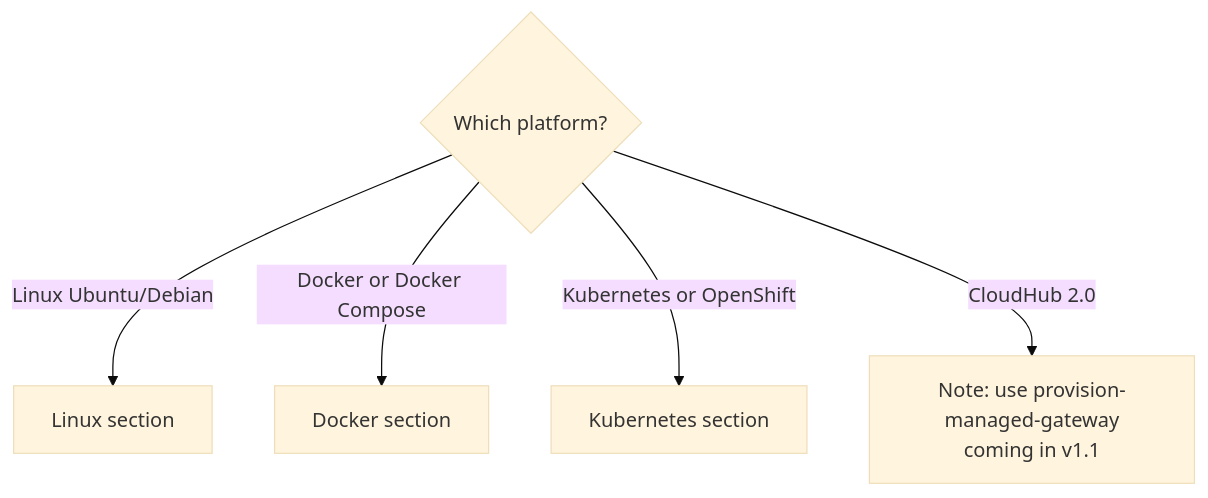
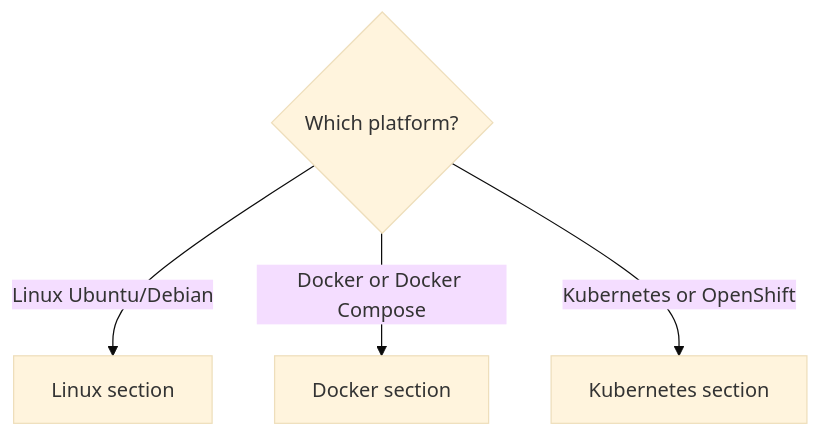
One commit to adcarabajal/mulesoft-dx changed the diagram in skills/omni-gateway/install-omni-gateway/SKILL.md. Above: the diagram before and after it, drawn with Mermaid (base theme). The commit also changed other lines of this file and 6 other files, not shown here.

````diff
--- a/skills/omni-gateway/install-omni-gateway/SKILL.md
+++ b/skills/omni-gateway/install-omni-gateway/SKILL.md
@@ -15,9 +15,8 @@
 ```mermaid
 flowchart TD
     Start{Which platform?}
 
     Start -->|Linux Ubuntu/Debian| L[Linux section]
     Start -->|Docker or Docker Compose| D[Docker section]
     Start -->|Kubernetes or OpenShift| K[Kubernetes section]
-    Start -->|CloudHub 2.0| C[Note: use provision-managed-gateway\ncoming in v1.1]
 ```
````
